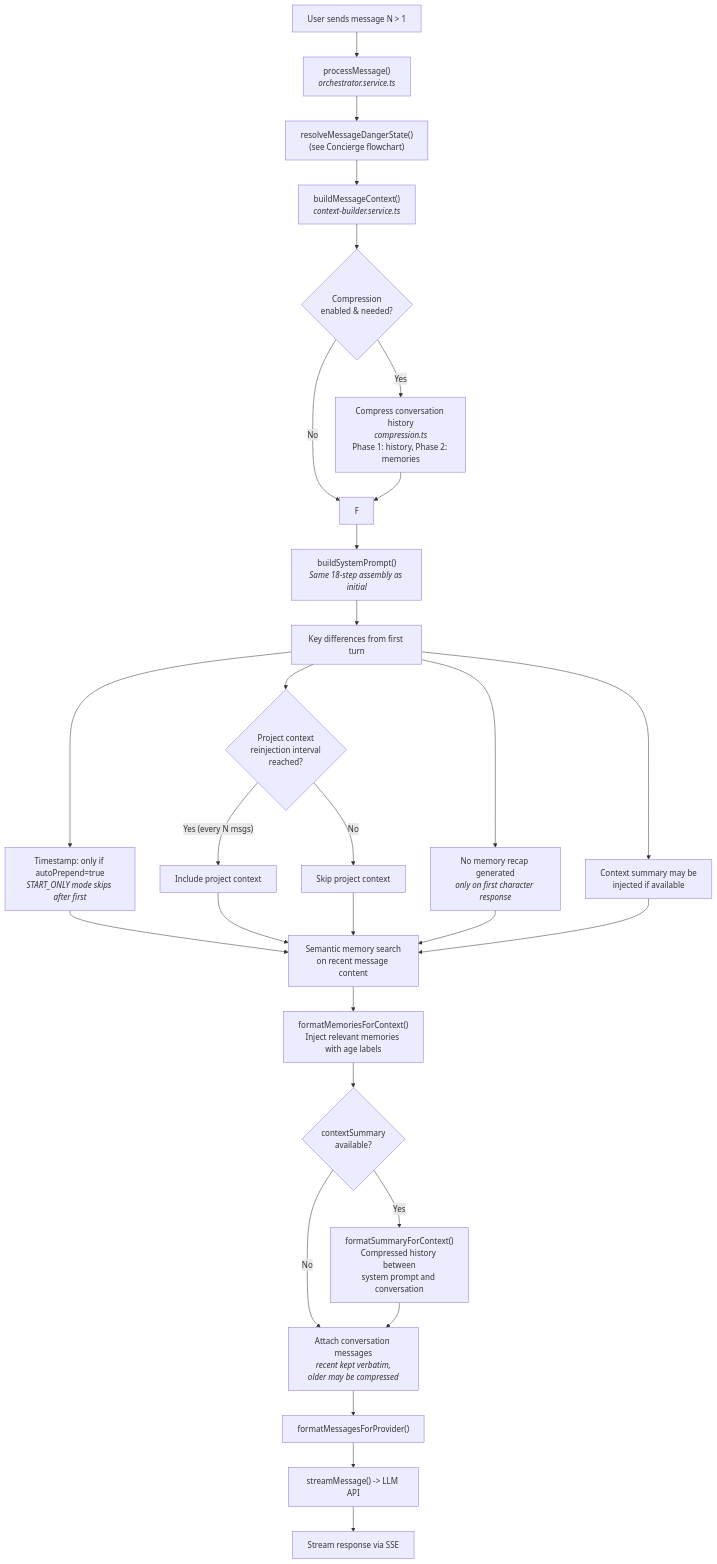
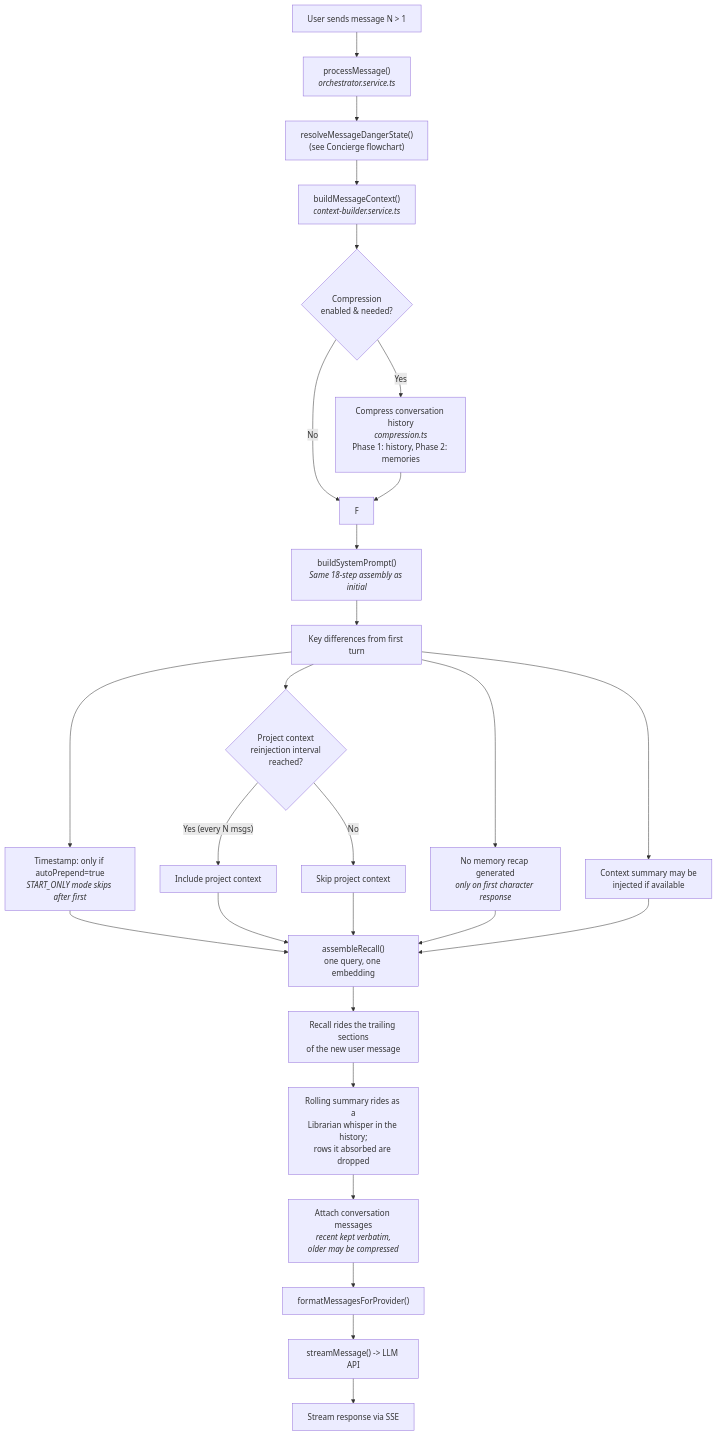
One commit to foundry-9/quilltap-server changed the second of 10 diagrams in docs/developer/SYSTEM_FLOWCHARTS.md. Above: the diagram before and after it, drawn with Mermaid. The commit also changed other lines of this file and 1313 other files, not shown here.

````diff
--- a/docs/developer/SYSTEM_FLOWCHARTS.md
+++ b/docs/developer/SYSTEM_FLOWCHARTS.md
@@ -115,40 +117,38 @@
 ```mermaid
 flowchart TD
     A[User sends message N > 1] --> B["processMessage()<br/><i>orchestrator.service.ts</i>"]
     B --> C["resolveMessageDangerState()<br/>(see Concierge flowchart)"]
     C --> D["buildMessageContext()<br/><i>context-builder.service.ts</i>"]
 
     D --> E{"Compression<br/>enabled & needed?"}
     E -->|Yes| E1["Compress conversation history<br/><i>compression.ts</i><br/>Phase 1: history, Phase 2: memories"]
     E -->|No| F
     E1 --> F
 
     F --> G["buildSystemPrompt()<br/><i>Same 18-step assembly as initial</i>"]
 
     G --> DIFF[Key differences from first turn]
 
     DIFF --> D1["Timestamp: only if autoPrepend=true<br/><i>START_ONLY mode skips after first</i>"]
     DIFF --> D2{"Project context<br/>reinjection interval<br/>reached?"}
     D2 -->|"Yes (every N msgs)"| D2a[Include project context]
     D2 -->|No| D2b[Skip project context]
     DIFF --> D3[No memory recap generated<br/><i>only on first character response</i>]
     DIFF --> D4[Context summary may be<br/>injected if available]
 
     D1 --> MEM
     D2a --> MEM
     D2b --> MEM
     D3 --> MEM
     D4 --> MEM
 
-    MEM["Semantic memory search<br/>on recent message content"]
-    MEM --> INJ["formatMemoriesForContext()<br/>Inject relevant memories with age labels"]
-    INJ --> SUM{"contextSummary<br/>available?"}
-    SUM -->|Yes| SUM1["formatSummaryForContext()<br/>Compressed history between<br/>system prompt and conversation"]
-    SUM -->|No| CONV
-    SUM1 --> CONV
+    MEM["assembleRecall()<br/>one query, one embedding"]
+    MEM --> INJ["Recall rides the trailing sections<br/>of the new user message"]
+    INJ --> SUM["Rolling summary rides as a<br/>Librarian whisper in the history;<br/>rows it absorbed are dropped"]
+    SUM --> CONV
 
     CONV[Attach conversation messages<br/><i>recent kept verbatim,<br/>older may be compressed</i>]
     CONV --> FMT["formatMessagesForProvider()"]
     FMT --> STREAM["streamMessage() -> LLM API"]
     STREAM --> RESP[Stream response via SSE]
 ```
````
